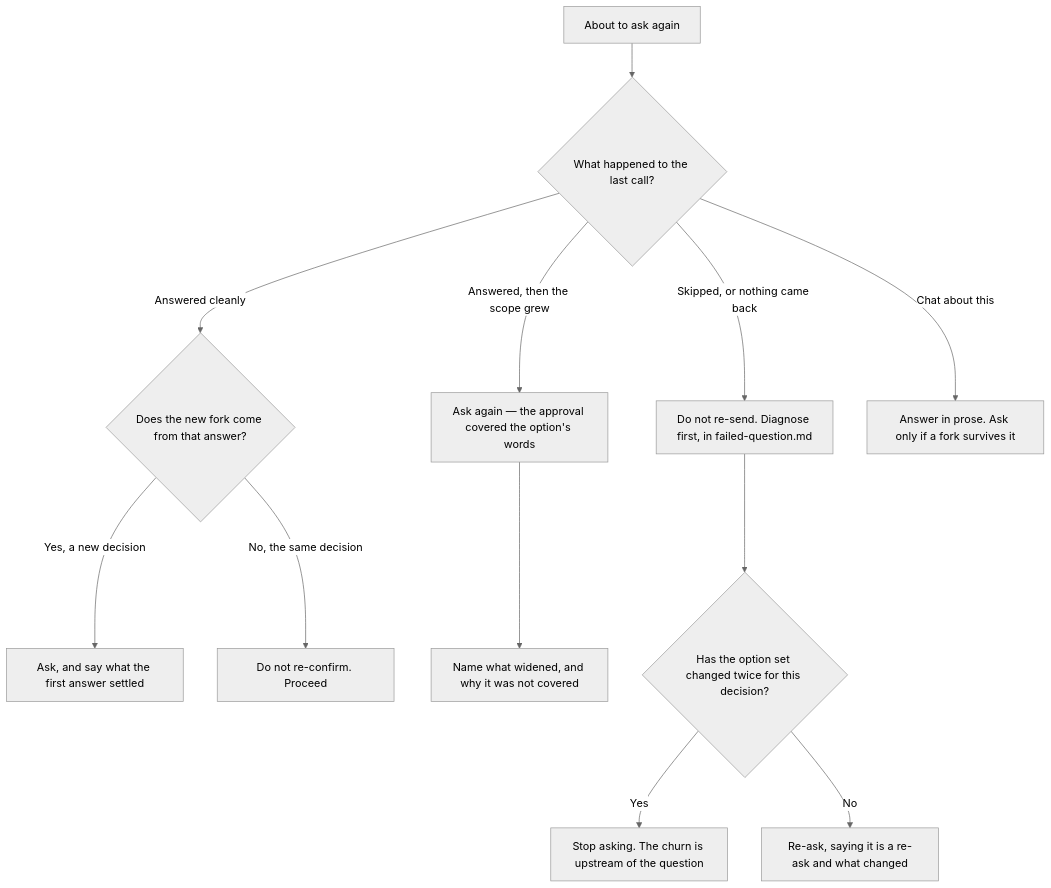
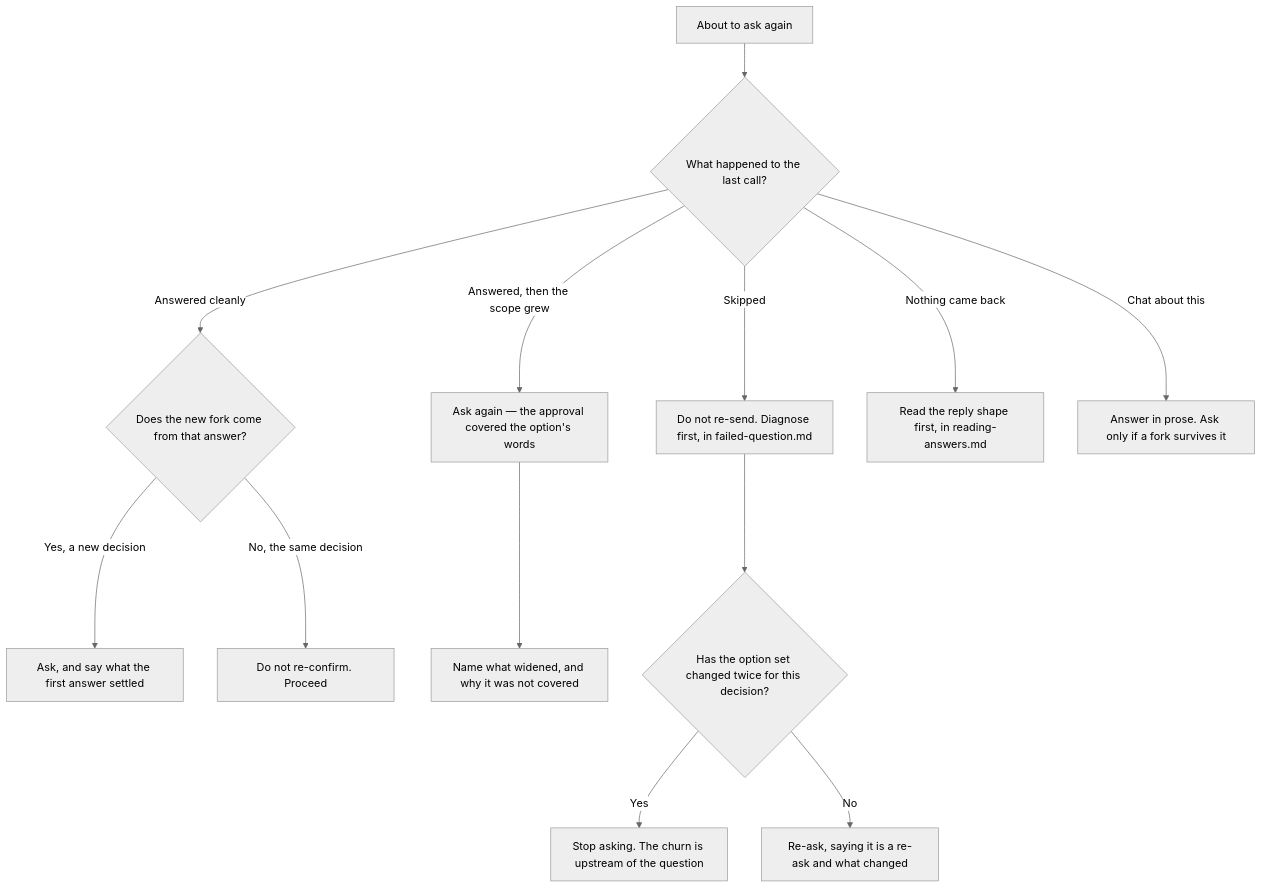
Before and after one commit to acmelabs-15/ask-user-question: the diagram in skills/ask-user-question/references/asking-again.md, drawn with Mermaid (neutral theme). The commit also changed other lines of this file and 5 other files, not shown here.

````diff
--- a/skills/ask-user-question/references/asking-again.md
+++ b/skills/ask-user-question/references/asking-again.md
@@ -13,14 +13,15 @@
 ```mermaid
 flowchart TD
   A[About to ask again] --> B{What happened to the last call?}
   B -->|Answered cleanly| C{Does the new fork come from that answer?}
   B -->|Answered, then the scope grew| D[Ask again — the approval covered the option's words]
-  B -->|Skipped, or nothing came back| E[Do not re-send. Diagnose first, in failed-question.md]
+  B -->|Skipped| E[Do not re-send. Diagnose first, in failed-question.md]
+  B -->|Nothing came back| M[Read the reply shape first, in reading-answers.md]
   B -->|Chat about this| F[Answer in prose. Ask only if a fork survives it]
   C -->|Yes, a new decision| G[Ask, and say what the first answer settled]
   C -->|No, the same decision| H[Do not re-confirm. Proceed]
   D --> I[Name what widened, and why it was not covered]
   E --> J{Has the option set changed twice for this decision?}
   J -->|Yes| K[Stop asking. The churn is upstream of the question]
   J -->|No| L[Re-ask, saying it is a re-ask and what changed]
 ```
````
